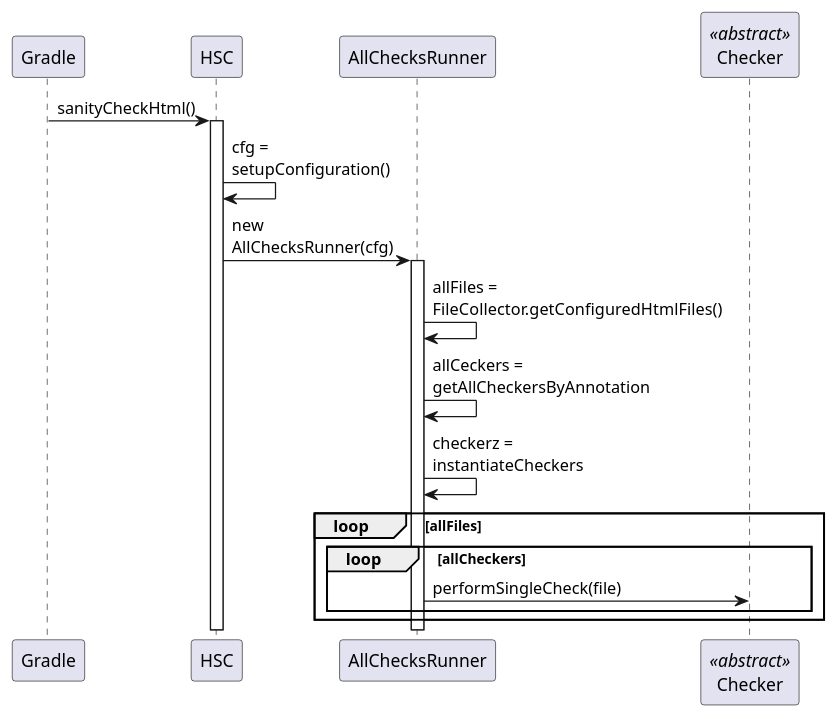
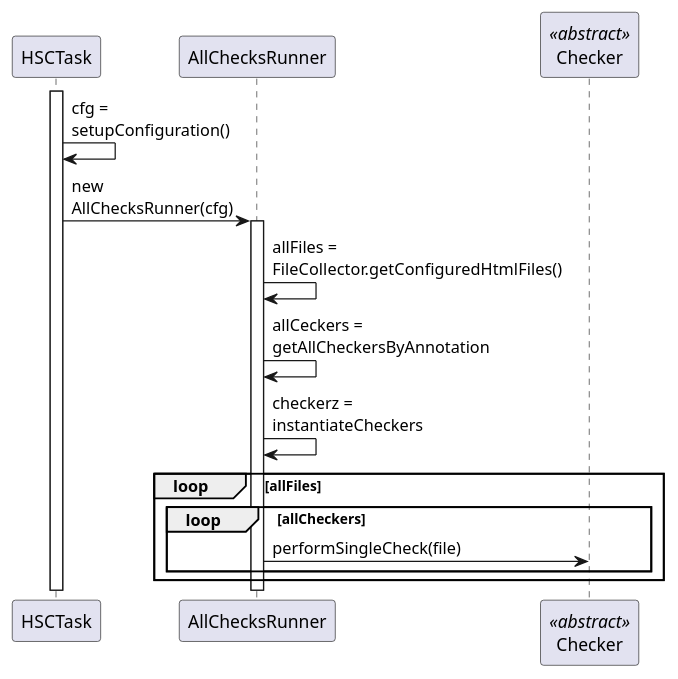
Before and after one commit to aim42/htmlSanityCheck: the diagram in src/docs/plantuml/sequence1.puml, drawn with PlantUML. The commit also changed 12 other files, not shown here.

```diff
--- a/src/docs/plantuml/sequence1.puml
+++ b/src/docs/plantuml/sequence1.puml
@@ -1,23 +1,22 @@
 @startuml
 skinparam maxmessagesize 80
-Gradle -> HSC: sanityCheckHtml()
 participant HSCTask as HSC
 activate HSC
 
 participant AllChecksRunner as ACR
 
 HSC -> HSC: cfg = setupConfiguration()
 HSC -> ACR: new AllChecksRunner(cfg)
 activate ACR
 
 ACR -> ACR: allFiles = FileCollector.getConfiguredHtmlFiles()
 ACR -> ACR: allCeckers = getAllCheckersByAnnotation
 ACR -> ACR: checkerz = instantiateCheckers
 loop allFiles
     loop allCheckers
     participant "Checker" as CHECK <<abstract>>
     ACR -> CHECK: performSingleCheck(file)
     end
 
 end
 @enduml
```
